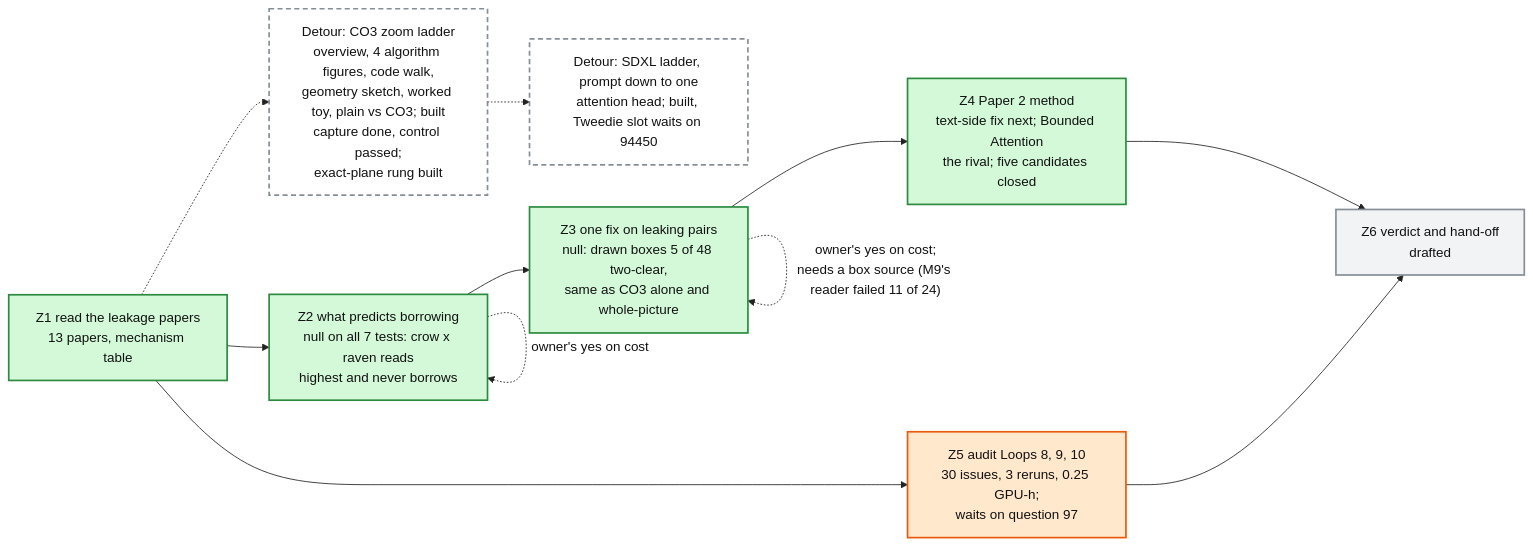
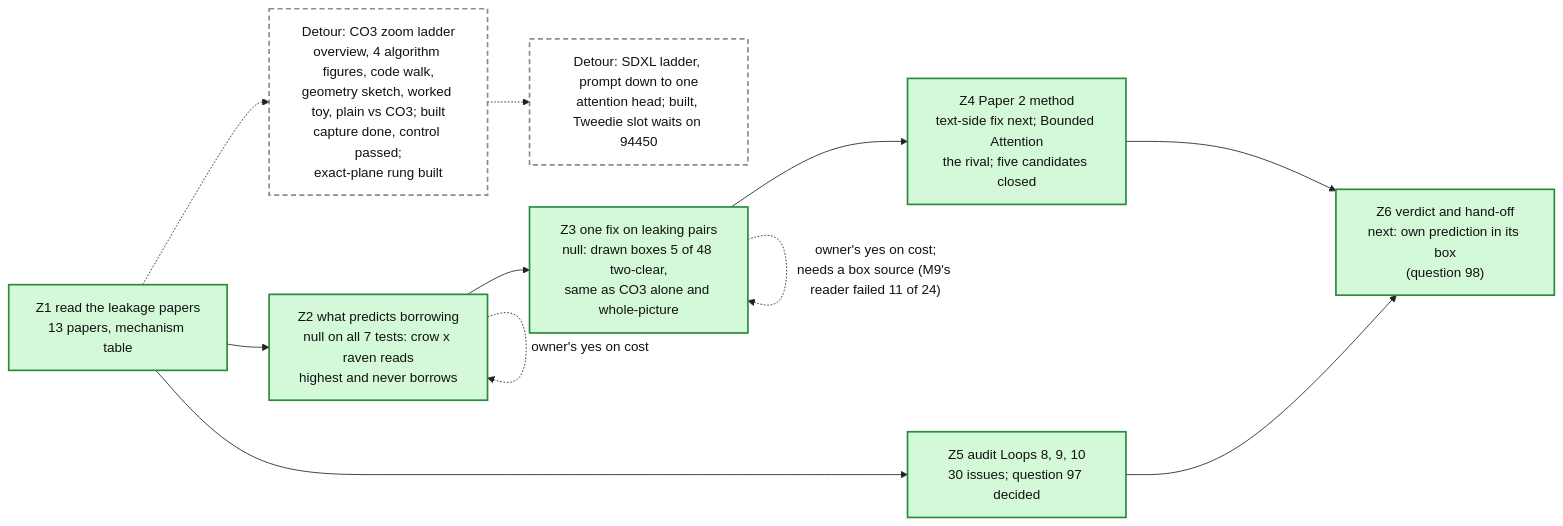
The diagram in artifacts/notes/progress/leakage/loop-12-progress.mmd (mo-rsa24/concept-composition), drawn with Mermaid before and after one commit. The commit also changed 1 other file, not shown here.

Commit message:
Loop 12 map: all six steps done

```diff
--- a/artifacts/notes/progress/leakage/loop-12-progress.mmd
+++ b/artifacts/notes/progress/leakage/loop-12-progress.mmd
@@ -1,20 +1,20 @@
 %%{init: {'theme': 'base', 'themeVariables': {'fontFamily': 'monospace', 'primaryColor': '#ffffff', 'primaryBorderColor': '#222222', 'primaryTextColor': '#111111', 'lineColor': '#222222'}}}%%
 flowchart LR
   Z1["Z1 read the leakage papers<br/>13 papers, mechanism table"]:::done
   Z2["Z2 what predicts borrowing<br/>null on all 7 tests: crow x raven reads<br/>highest and never borrows"]:::done
   Z3["Z3 one fix on leaking pairs<br/>null: drawn boxes 5 of 48 two-clear,<br/>same as CO3 alone and whole-picture"]:::done
   Z4["Z4 Paper 2 method<br/>text-side fix next; Bounded Attention<br/>the rival; five candidates closed"]:::done
-  Z5["Z5 audit Loops 8, 9, 10<br/>30 issues, 3 reruns, 0.25 GPU-h;<br/>waits on question 97"]:::doing
-  Z6["Z6 verdict and hand-off<br/>drafted"]:::todo
+  Z5["Z5 audit Loops 8, 9, 10<br/>30 issues; question 97 decided"]:::done
+  Z6["Z6 verdict and hand-off<br/>next: own prediction in its box<br/>(question 98)"]:::done
   LAD["Detour: CO3 zoom ladder<br/>overview, 4 algorithm figures, code walk,<br/>geometry sketch, worked toy, plain vs CO3; built<br/>capture done, control passed;<br/>exact-plane rung built"]:::detour
   Z1 -.-> LAD
   SDX["Detour: SDXL ladder, prompt down to one<br/>attention head; built, Tweedie slot waits on 94450"]:::detour
   LAD -.-> SDX
   Z1 --> Z2 --> Z3 --> Z4 --> Z6
   Z1 --> Z5 --> Z6
   Z2 -. "owner's yes on cost" .-> Z2
   Z3 -. "owner's yes on cost;<br/>needs a box source (M9's reader failed 11 of 24)" .-> Z3
   classDef done fill:#d3f9d8,stroke:#2b8a3e,stroke-width:2px
   classDef doing fill:#ffe8cc,stroke:#e8590c,stroke-width:2px
   classDef detour fill:#ffffff,stroke:#868e96,stroke-width:2px,stroke-dasharray: 6 4
   classDef todo fill:#f1f3f5,stroke:#868e96,stroke-width:2px
```
